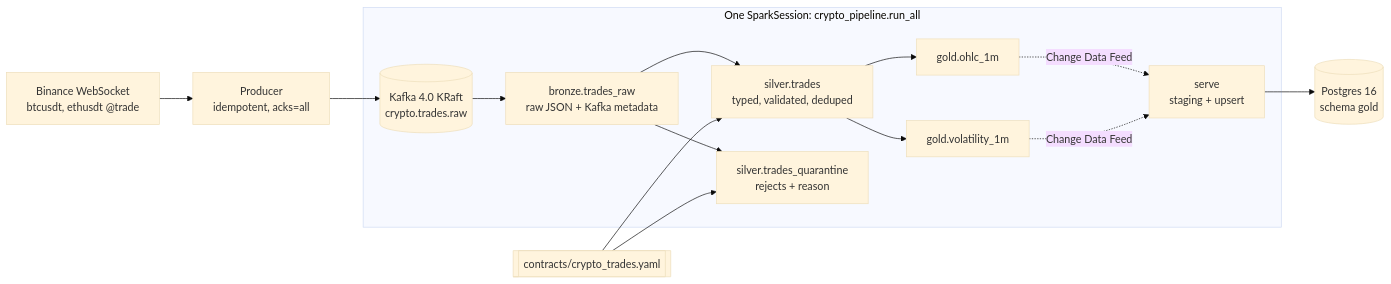
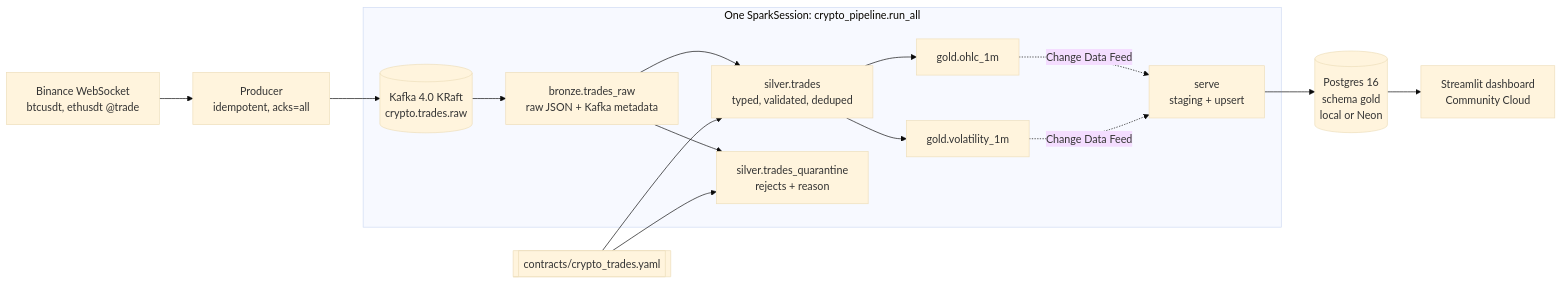
One commit to Daudsaid/realtime-crypto-lakehouse changed the diagram in README.md. Above: the diagram before and after it, drawn with Mermaid (base theme). The commit also changed other lines of this file and 11 other files, not shown here.

Commit message:
Add Streamlit dashboard and DATABASE_URL support for hosted Postgres

````diff
--- a/README.md
+++ b/README.md
@@ -20,19 +20,20 @@
 ```mermaid
 flowchart LR
     WS["Binance WebSocket<br/>btcusdt, ethusdt @trade"] --> PR["Producer<br/>idempotent, acks=all"]
     PR --> KF[("Kafka 4.0 KRaft<br/>crypto.trades.raw")]
 
     subgraph SP["One SparkSession: crypto_pipeline.run_all"]
         KF --> BR["bronze.trades_raw<br/>raw JSON + Kafka metadata"]
         BR --> SI["silver.trades<br/>typed, validated, deduped"]
         BR --> QU["silver.trades_quarantine<br/>rejects + reason"]
         SI --> OH["gold.ohlc_1m"]
         SI --> VO["gold.volatility_1m"]
         OH -. "Change Data Feed" .-> SV["serve<br/>staging + upsert"]
         VO -. "Change Data Feed" .-> SV
     end
 
     CT[["contracts/crypto_trades.yaml"]] --> SI
     CT --> QU
-    SV --> PG[("Postgres 16<br/>schema gold")]
+    SV --> PG[("Postgres 16<br/>schema gold<br/>local or Neon")]
+    PG --> ST["Streamlit dashboard<br/>Community Cloud"]
 ```
````
